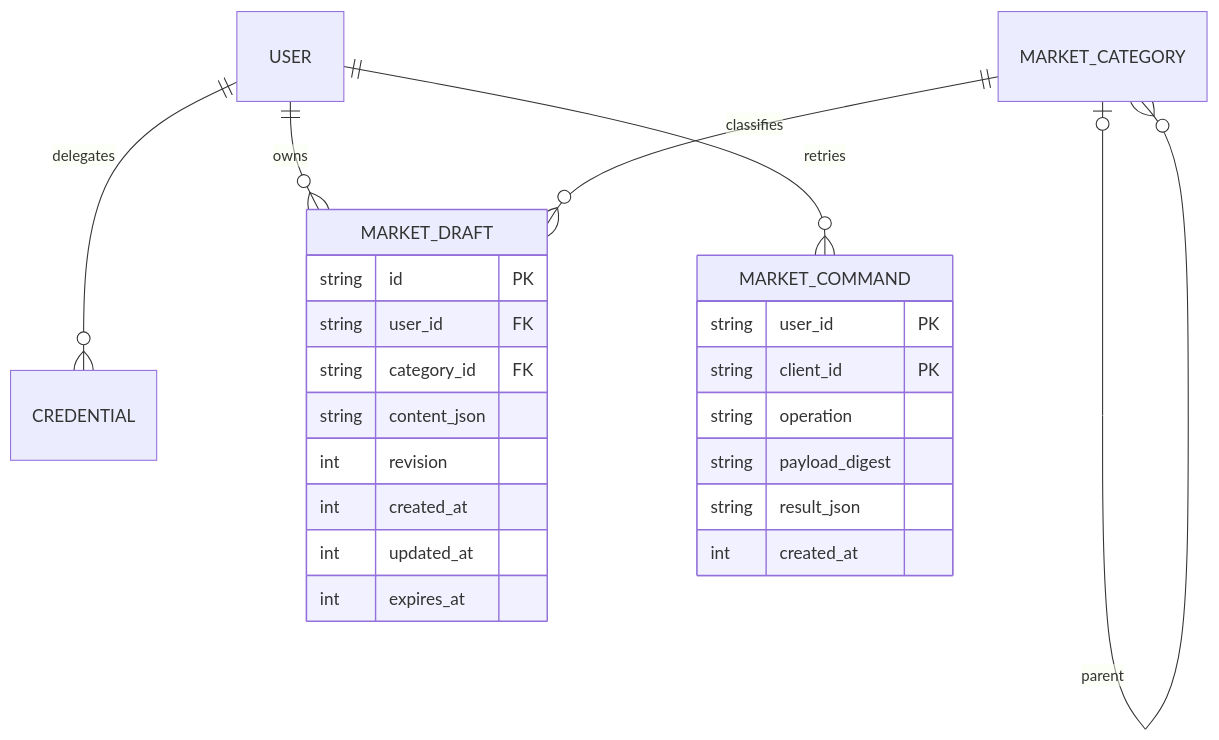
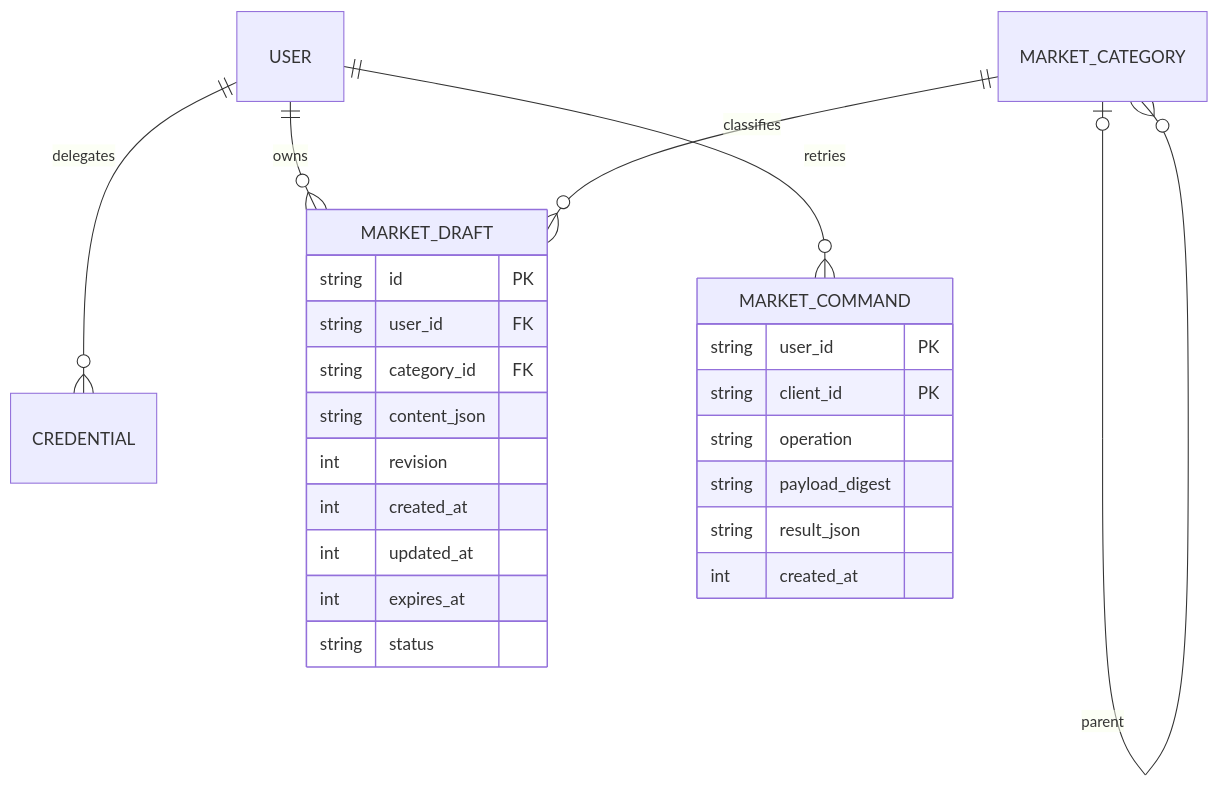
Before and after one commit to LeonidYasin/mcp-rooms: the first of 2 diagrams in docs/draft-storage-design.md, drawn with Mermaid. The commit also changed other lines of this file and 9 other files, not shown here.

Commit message:
feat: add private draft archive, keyset reads and explicit schema upgrade

````diff
--- a/docs/draft-storage-design.md
+++ b/docs/draft-storage-design.md
@@ -26,26 +27,27 @@
 ```mermaid
 erDiagram
   USER ||--o{ CREDENTIAL : delegates
   USER ||--o{ MARKET_DRAFT : owns
   USER ||--o{ MARKET_COMMAND : retries
   MARKET_CATEGORY o|--o{ MARKET_CATEGORY : parent
   MARKET_CATEGORY ||--o{ MARKET_DRAFT : classifies
   MARKET_DRAFT {
     string id PK
     string user_id FK
     string category_id FK
     string content_json
     int revision
     int created_at
     int updated_at
     int expires_at
+    string status
   }
   MARKET_COMMAND {
     string user_id PK
     string client_id PK
     string operation
     string payload_digest
     string result_json
     int created_at
   }
 ```
````
